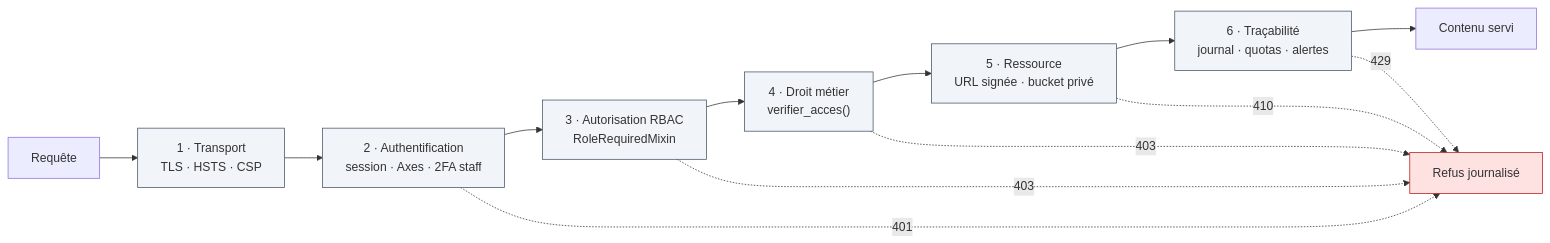
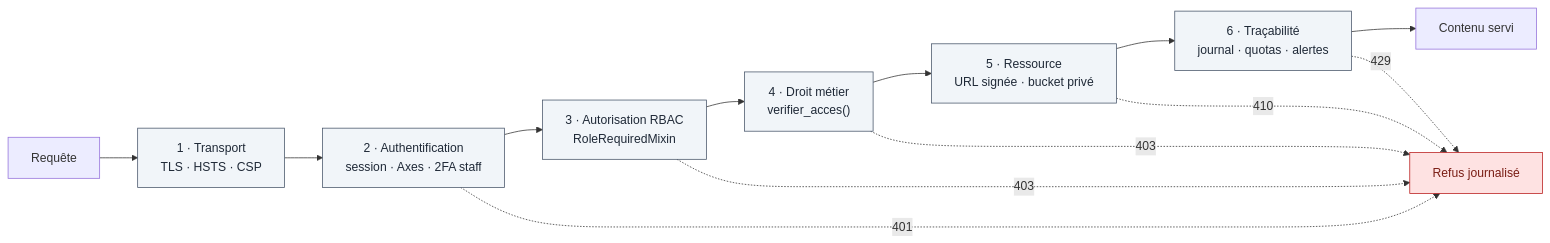
Diagram 22 of 22 in docs/architecture/uml.md (beaudelaire1/iteag), drawn with Mermaid before and after one commit. The commit also changed other lines of this file and 1 other file, not shown here.

First line of the commit message:
docs(uml): corriger la lisibilité des diagrammes en thème sombre

````diff
--- a/docs/architecture/uml.md
+++ b/docs/architecture/uml.md
@@ -1309,21 +1309,21 @@
 ```mermaid
 graph LR
     R["Requête"] --> L1
     L1["1 · Transport<br/>TLS · HSTS · CSP"] --> L2
     L2["2 · Authentification<br/>session · Axes · 2FA staff"] --> L3
     L3["3 · Autorisation RBAC<br/>RoleRequiredMixin"] --> L4
     L4["4 · Droit métier<br/>verifier_acces()"] --> L5
     L5["5 · Ressource<br/>URL signée · bucket privé"] --> L6
     L6["6 · Traçabilité<br/>journal · quotas · alertes"] --> OK["Contenu servi"]
 
     L2 -.->|401| KO["Refus journalisé"]
     L3 -.->|403| KO
     L4 -.->|403| KO
     L5 -.->|410| KO
     L6 -.->|429| KO
 
-    classDef layer fill:#F1F5F9,stroke:#475569
-    classDef deny fill:#FEE2E2,stroke:#B91C1C
+    classDef layer fill:#F1F5F9,stroke:#475569,color:#1F2937
+    classDef deny fill:#FEE2E2,stroke:#B91C1C,color:#7A1D14
     class L1,L2,L3,L4,L5,L6 layer
     class KO deny
 ```
````
